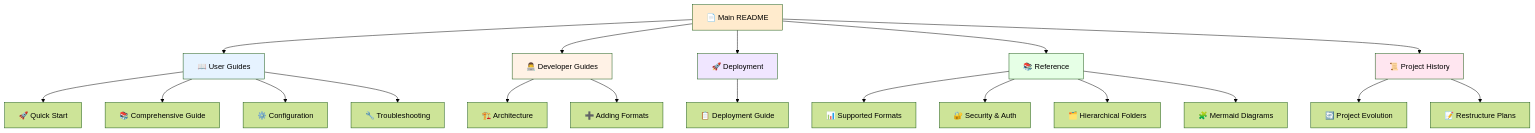
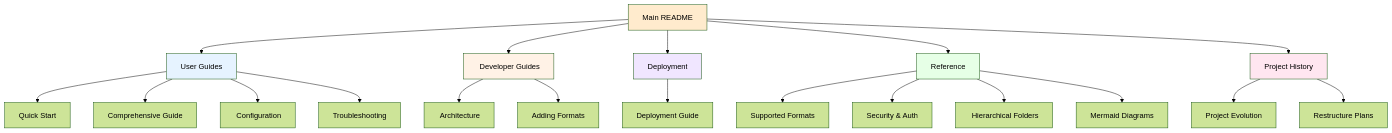
Before and after one commit to Monsau/S3connectorplaybook: the tenth of 12 diagrams in README.md, drawn with Mermaid (forest theme). The commit also changed other lines of this file and 4 other files, not shown here.

````diff
--- a/README.md
+++ b/README.md
@@ -759,33 +759,33 @@
 ```mermaid
 graph TD
-    Root[📄 Main README] --> UserGuides[📖 User Guides]
-    Root --> DevGuides[👨‍💻 Developer Guides]
-    Root --> Deploy[🚀 Deployment]
-    Root --> Reference[📚 Reference]
-    Root --> History[📜 Project History]
+    Root[ Main README] --> UserGuides[ User Guides]
+    Root --> DevGuides[‍ Developer Guides]
+    Root --> Deploy[ Deployment]
+    Root --> Reference[ Reference]
+    Root --> History[ Project History]
     
-    UserGuides --> QuickStart[🚀 Quick Start]
-    UserGuides --> Comprehensive[📚 Comprehensive Guide]
-    UserGuides --> Configuration[⚙️ Configuration]
-    UserGuides --> Troubleshooting[🔧 Troubleshooting]
+    UserGuides --> QuickStart[ Quick Start]
+    UserGuides --> Comprehensive[ Comprehensive Guide]
+    UserGuides --> Configuration[️ Configuration]
+    UserGuides --> Troubleshooting[ Troubleshooting]
     
-    DevGuides --> Architecture[🏗️ Architecture]
-    DevGuides --> AddingFormats[➕ Adding Formats]
+    DevGuides --> Architecture[️ Architecture]
+    DevGuides --> AddingFormats[ Adding Formats]
     
-    Deploy --> DeploymentGuide[📋 Deployment Guide]
+    Deploy --> DeploymentGuide[ Deployment Guide]
     
-    Reference --> SupportedFormats[📊 Supported Formats]
-    Reference --> Security[🔐 Security & Auth]
-    Reference --> Hierarchical[🗂️ Hierarchical Folders]
-    Reference --> MermaidDiagrams[🧩 Mermaid Diagrams]
+    Reference --> SupportedFormats[ Supported Formats]
+    Reference --> Security[ Security & Auth]
+    Reference --> Hierarchical[️ Hierarchical Folders]
+    Reference --> MermaidDiagrams[ Mermaid Diagrams]
     
-    History --> ProjectEvolution[🔄 Project Evolution]
-    History --> RestructurePlans[📝 Restructure Plans]
+    History --> ProjectEvolution[ Project Evolution]
+    History --> RestructurePlans[ Restructure Plans]
     
     style Root fill:#ffebcd
     style UserGuides fill:#e6f3ff
     style DevGuides fill:#fff2e6
     style Deploy fill:#f0e6ff
     style Reference fill:#e6ffe6
     style History fill:#ffe6f0
 ```
````
